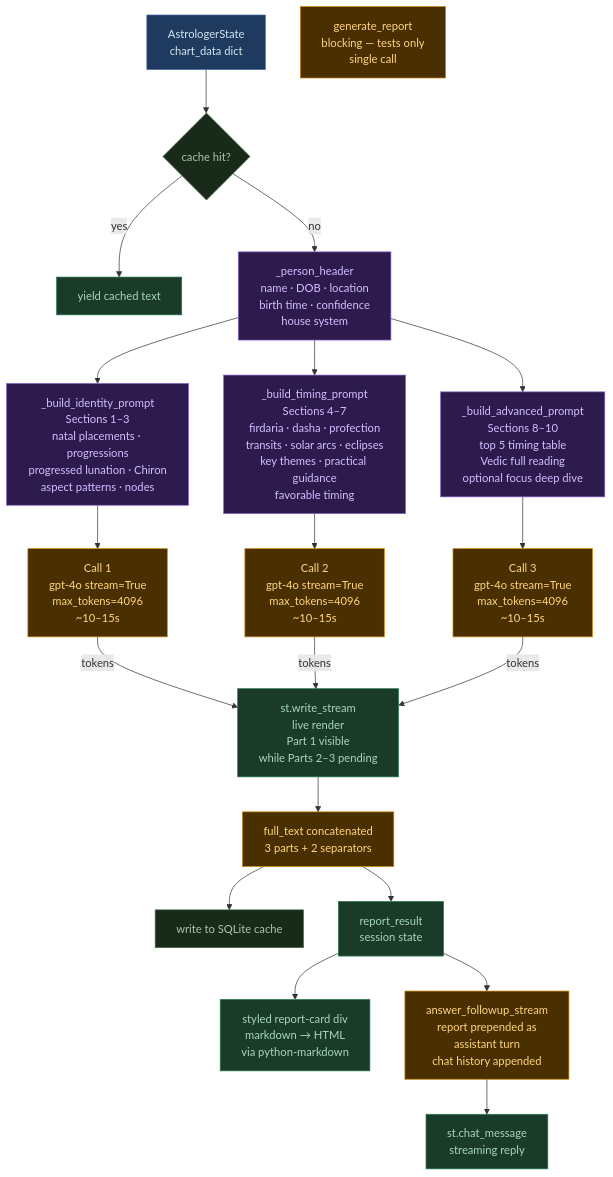
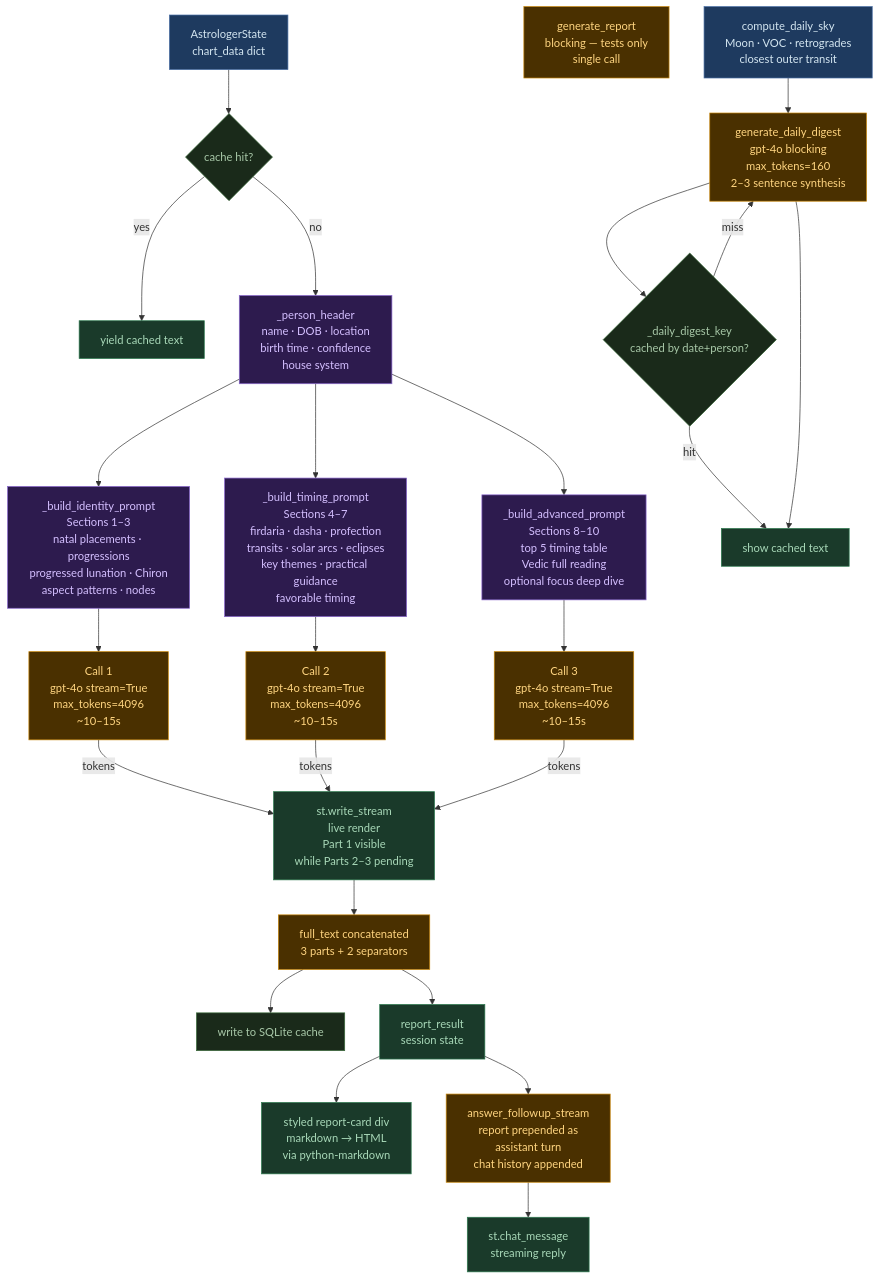
Before and after one commit to swamyswamynathan123/personalastrologeragent: the tenth of 12 diagrams in Architecture.md, drawn with Mermaid. The commit also changed other lines of this file and 3 other files, not shown here.

````diff
--- a/Architecture.md
+++ b/Architecture.md
@@ -407,37 +410,44 @@
 ```mermaid
 flowchart TD
     classDef inputNode fill:#1e3a5f,stroke:#4a6fa5,color:#d4e6f1
     classDef llmNode fill:#4a3000,stroke:#c8860a,color:#ffd580
     classDef outputNode fill:#1a3a2a,stroke:#2d7a4f,color:#a8d8b8
     classDef sectionNode fill:#2d1b4e,stroke:#8866cc,color:#d4bfff
     classDef cacheNode fill:#1a2a1a,stroke:#3a6a3a,color:#a8c8a8
 
     STATE[AstrologerState\nchart_data dict]:::inputNode
 
     STATE --> CACHE{cache hit?}:::cacheNode
     CACHE -- yes --> CACHED[yield cached text]:::outputNode
 
     CACHE -- no --> PH[_person_header\nname · DOB · location\nbirth time · confidence\nhouse system]:::sectionNode
 
     PH --> P1[_build_identity_prompt\nSections 1–3\nnatal placements · progressions\nprogressed lunation · Chiron\naspect patterns · nodes]:::sectionNode
     PH --> P2[_build_timing_prompt\nSections 4–7\nfirdaria · dasha · profection\ntransits · solar arcs · eclipses\nkey themes · practical guidance\nfavorable timing]:::sectionNode
     PH --> P3[_build_advanced_prompt\nSections 8–10\ntop 5 timing table\nVedic full reading\noptional focus deep dive]:::sectionNode
 
     P1 --> C1[Call 1\ngpt-4o stream=True\nmax_tokens=4096\n~10–15s]:::llmNode
     P2 --> C2[Call 2\ngpt-4o stream=True\nmax_tokens=4096\n~10–15s]:::llmNode
     P3 --> C3[Call 3\ngpt-4o stream=True\nmax_tokens=4096\n~10–15s]:::llmNode
 
     C1 -- "tokens" --> WS[st.write_stream\nlive render\nPart 1 visible\nwhile Parts 2–3 pending]:::outputNode
     C2 -- "tokens" --> WS
     C3 -- "tokens" --> WS
 
     WS --> FULL[full_text concatenated\n3 parts + 2 separators]:::llmNode
     FULL --> WRITE[write to SQLite cache]:::cacheNode
     FULL --> STORED[report_result\nsession state]:::outputNode
     STORED --> CARD[styled report-card div\nmarkdown → HTML\nvia python-markdown]:::outputNode
 
     BLOCK[generate_report\nblocking — tests only\nsingle call]:::llmNode
 
     STORED --> FU[answer_followup_stream\nreport prepended as\nassistant turn\nchat history appended]:::llmNode
     FU --> CHAT[st.chat_message\nstreaming reply]:::outputNode
+
+    SKY[compute_daily_sky\nMoon · VOC · retrogrades\nclosest outer transit]:::inputNode
+    SKY --> DD[generate_daily_digest\ngpt-4o blocking\nmax_tokens=160\n2–3 sentence synthesis]:::llmNode
+    DD --> DDCACHE{_daily_digest_key\ncached by date+person?}:::cacheNode
+    DDCACHE -- hit --> DDSHOW[show cached text]:::outputNode
+    DDCACHE -- miss --> DD
+    DD --> DDSHOW
 ```
````
